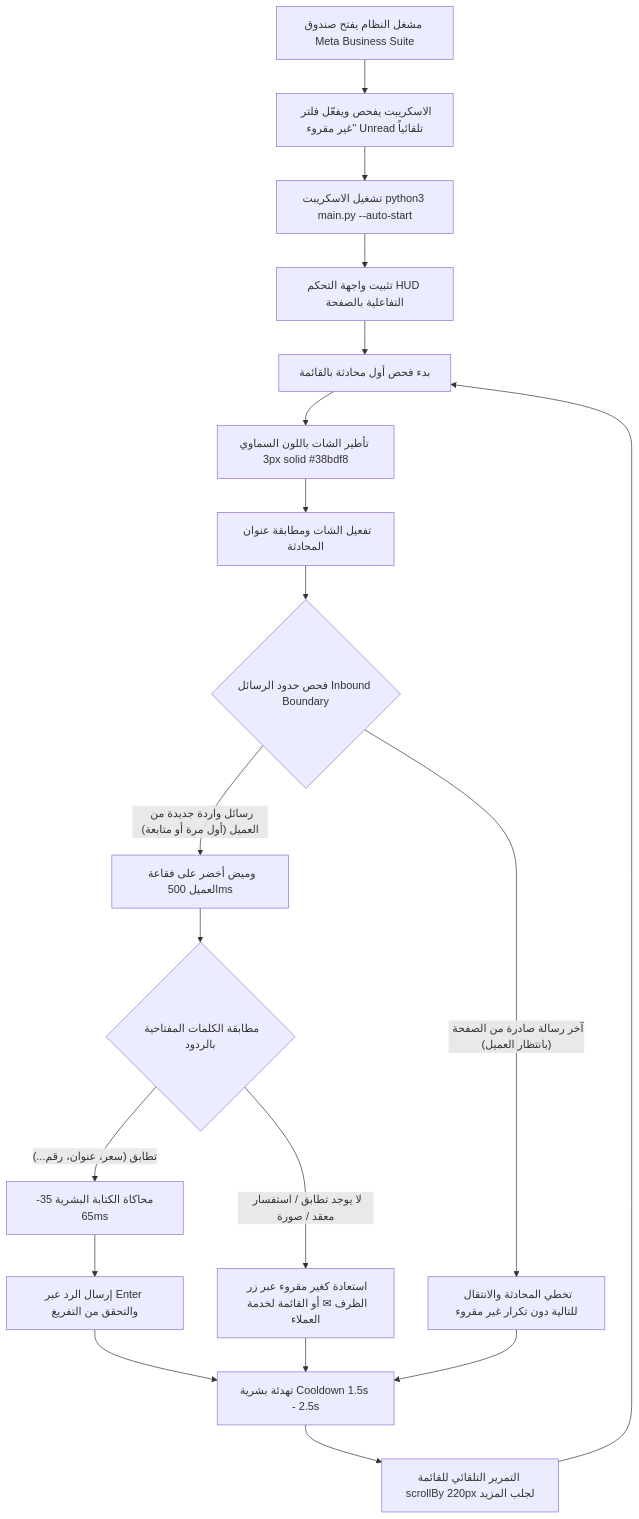
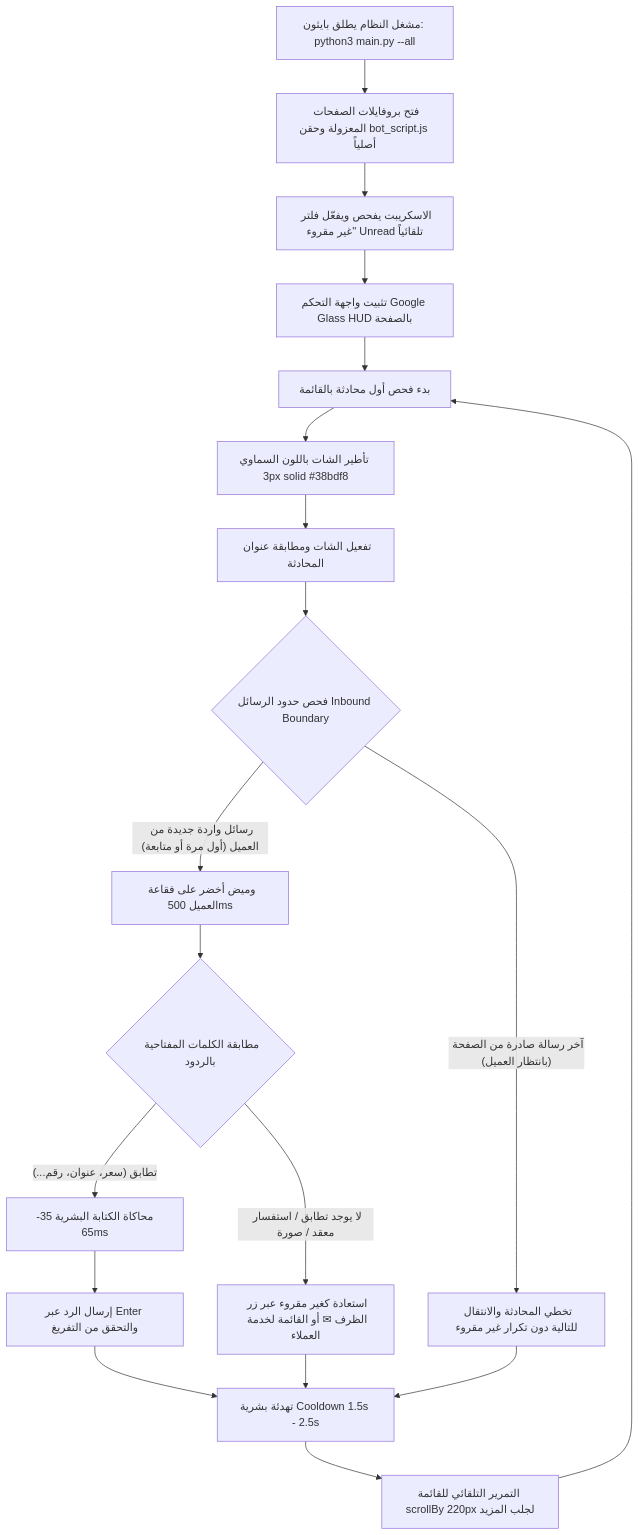
The diagram in README.md (BishoySafwat01/Meta-Automation-script), drawn with Mermaid before and after one commit. The commit also changed other lines of this file and 7 other files, not shown here.

Commit message:
feat(core): pure python zero-extension runner with native playwright script injection v4.9.0

````diff
--- a/README.md
+++ b/README.md
@@ -12,25 +22,25 @@
 ```mermaid
 flowchart TD
-    A[مشغل النظام يفتح صندوق Meta Business Suite] --> B[الاسكريبت يفحص ويفعّل فلتر 'غير مقروء' Unread تلقائياً]
-    B --> C[تشغيل الاسكريبت python3 main.py --auto-start]
-    C --> D[تثبيت واجهة التحكم HUD التفاعلية بالصفحة]
+    A[مشغل النظام يطلق بايثون: python3 main.py --all] --> B[فتح بروفايلات الصفحات المعزولة وحقن bot_script.js أصلياً]
+    B --> C[الاسكريبت يفحص ويفعّل فلتر 'غير مقروء' Unread تلقائياً]
+    C --> D[تثبيت واجهة التحكم Google Glass HUD بالصفحة]
     D --> E[بدء فحص أول محادثة بالقائمة]
     E --> F[تأطير الشات باللون السماوي 3px solid #38bdf8]
     F --> G[تفعيل الشات ومطابقة عنوان المحادثة]
     G --> H{فحص حدود الرسائل Inbound Boundary}
     
     H -- "آخر رسالة صادرة من الصفحة (بانتظار العميل)" --> I[تخطي المحادثة والانتقال للتالية دون تكرار غير مقروء]
     H -- "رسائل واردة جديدة من العميل (أول مرة أو متابعة)" --> J[وميض أخضر على فقاعة العميل 500ms]
     
     J --> K{مطابقة الكلمات المفتاحية بالردود}
     K -- "تطابق (سعر، عنوان، رقم...)" --> L[محاكاة الكتابة البشرية 35-65ms]
     L --> M[إرسال الرد عبر Enter والتحقق من التفريغ]
     
     K -- "لا يوجد تطابق / استفسار معقد / صورة" --> N[استعادة كغير مقروء عبر زر الظرف ✉ أو القائمة لخدمة العملاء]
     
     M --> O[تهدئة بشرية Cooldown 1.5s - 2.5s]
     N --> O
     I --> O
     O --> P[التمرير التلقائي للقائمة scrollBy 220px لجلب المزيد]
     P --> E
 ```
````
